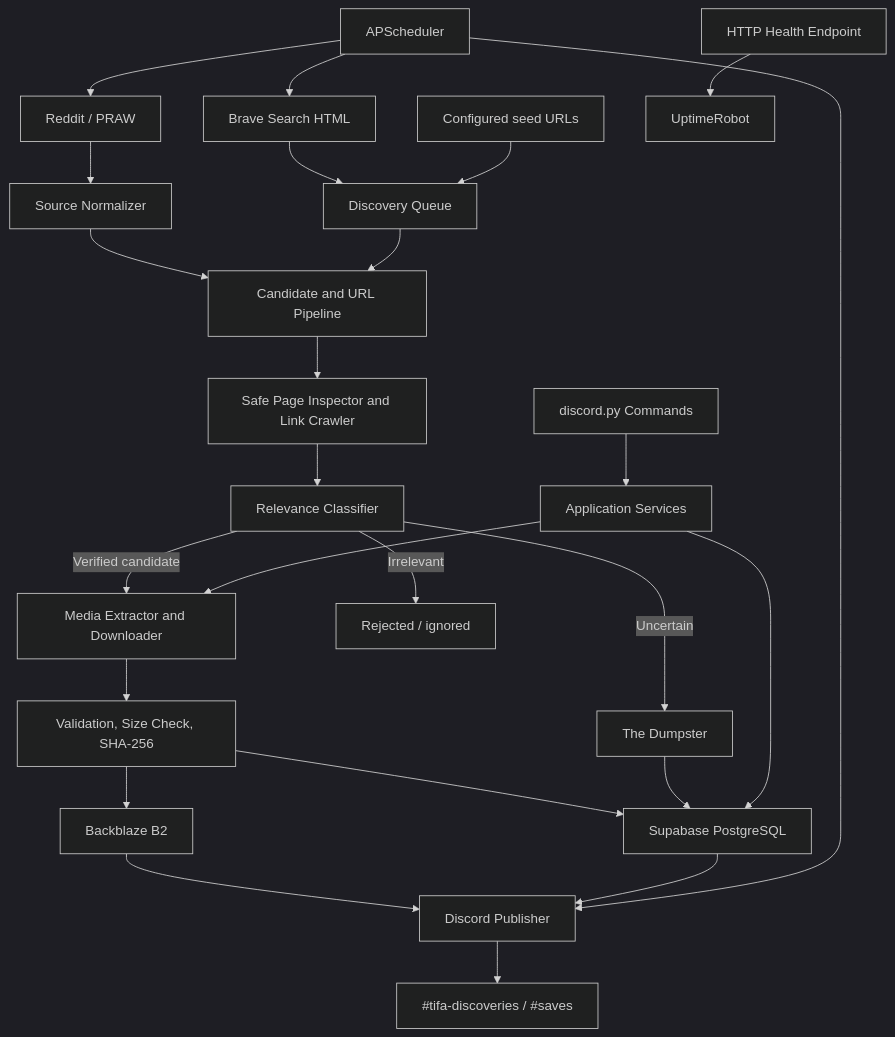
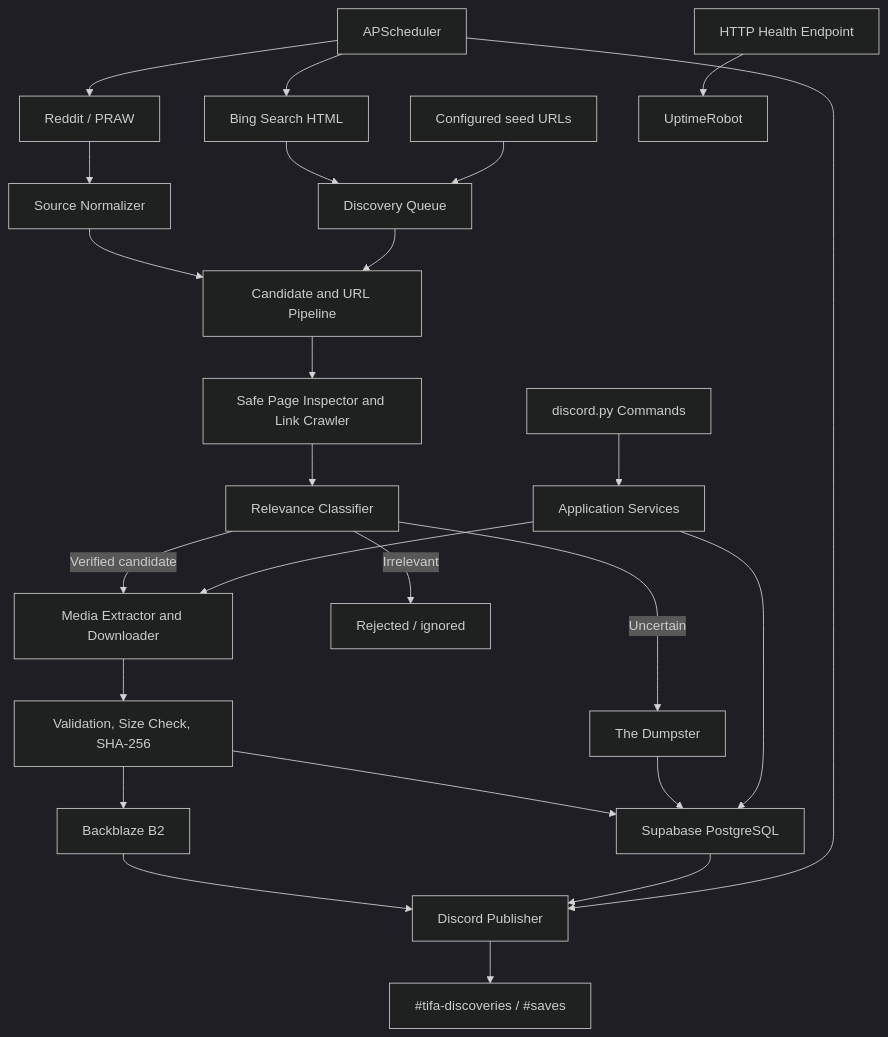
The diagram in Tifa_Lockhart_Bot_V1_Blueprint.md (vishwassharma38/Tifa-Lockhart-Bot), drawn with Mermaid (dark theme) before and after one commit. The commit also changed other lines of this file and 22 other files, not shown here.

Commit message:
Replace Brave Search with Bing

````diff
--- a/Tifa_Lockhart_Bot_V1_Blueprint.md
+++ b/Tifa_Lockhart_Bot_V1_Blueprint.md
@@ -122,27 +122,27 @@
 ```mermaid
 flowchart TD
     A[Reddit / PRAW] --> D[Source Normalizer]
-    B[Brave Search HTML] --> E[Discovery Queue]
+    B[Bing Search HTML] --> E[Discovery Queue]
     C[Configured seed URLs] --> E
     D --> F[Candidate and URL Pipeline]
     E --> F
     F --> G[Safe Page Inspector and Link Crawler]
     G --> H[Relevance Classifier]
     H -->|Verified candidate| I[Media Extractor and Downloader]
     H -->|Uncertain| J[The Dumpster]
     H -->|Irrelevant| K[Rejected / ignored]
     I --> L[Validation, Size Check, SHA-256]
     L --> M[Backblaze B2]
     L --> N[Supabase PostgreSQL]
     J --> N
     M --> O[Discord Publisher]
     N --> O
     P[discord.py Commands] --> Q[Application Services]
     Q --> N
     Q --> I
     O --> R[#tifa-discoveries / #saves]
     S[APScheduler] --> A
     S --> B
     S --> O
     T[HTTP Health Endpoint] --> U[UptimeRobot]
 ```
````
